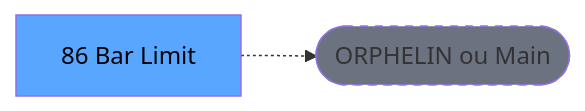
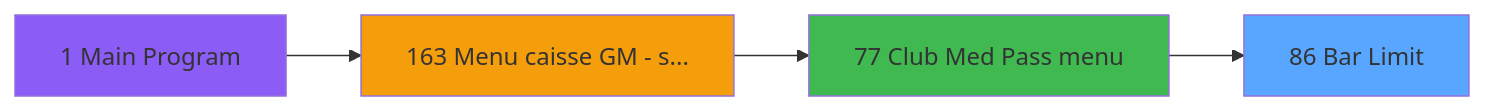
Before and after one commit to thonyAGP/magic-migration: the third of 4 diagrams in .openspec/specs/ADH-IDE-86.md, drawn with Mermaid. The commit also changed other lines of this file and 253 other files, not shown here.

````diff
--- a/.openspec/specs/ADH-IDE-86.md
+++ b/.openspec/specs/ADH-IDE-86.md
@@ -119,8 +1366,14 @@
 ```mermaid
 graph LR
-    T[86 Bar Limit]
-    ORPHAN([ORPHELIN ou Main])
-    T -.-> ORPHAN
-    style T fill:#58a6ff,color:#000
-    style ORPHAN fill:#6b7280,stroke-dasharray: 5 5
+    T86[86 Bar Limit]
+    style T86 fill:#58a6ff
+    CC1[1 Main Program]
+    style CC1 fill:#8b5cf6
+    CC163[163 Menu caisse GM - s...]
+    style CC163 fill:#f59e0b
+    CC77[77 Club Med Pass menu]
+    style CC77 fill:#3fb950
+    CC163 --> CC77
+    CC1 --> CC163
+    CC77 --> T86
 ```
````
